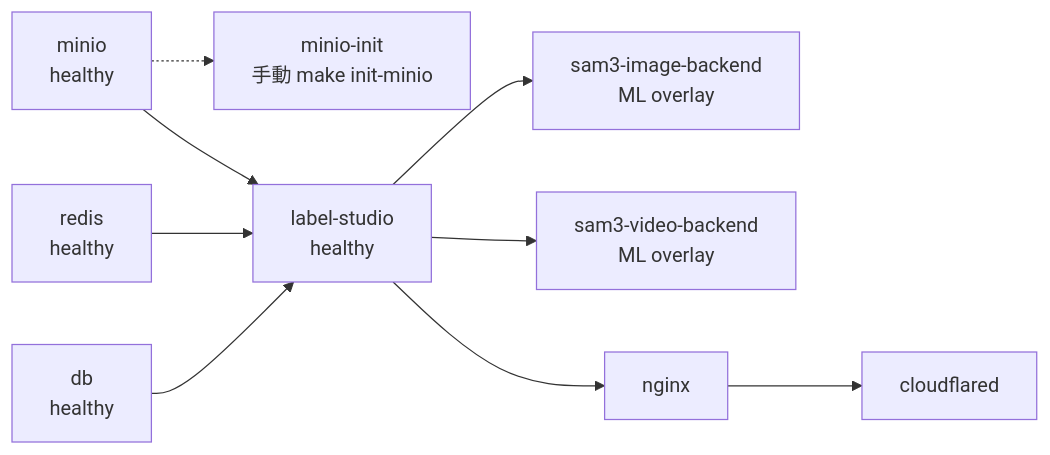
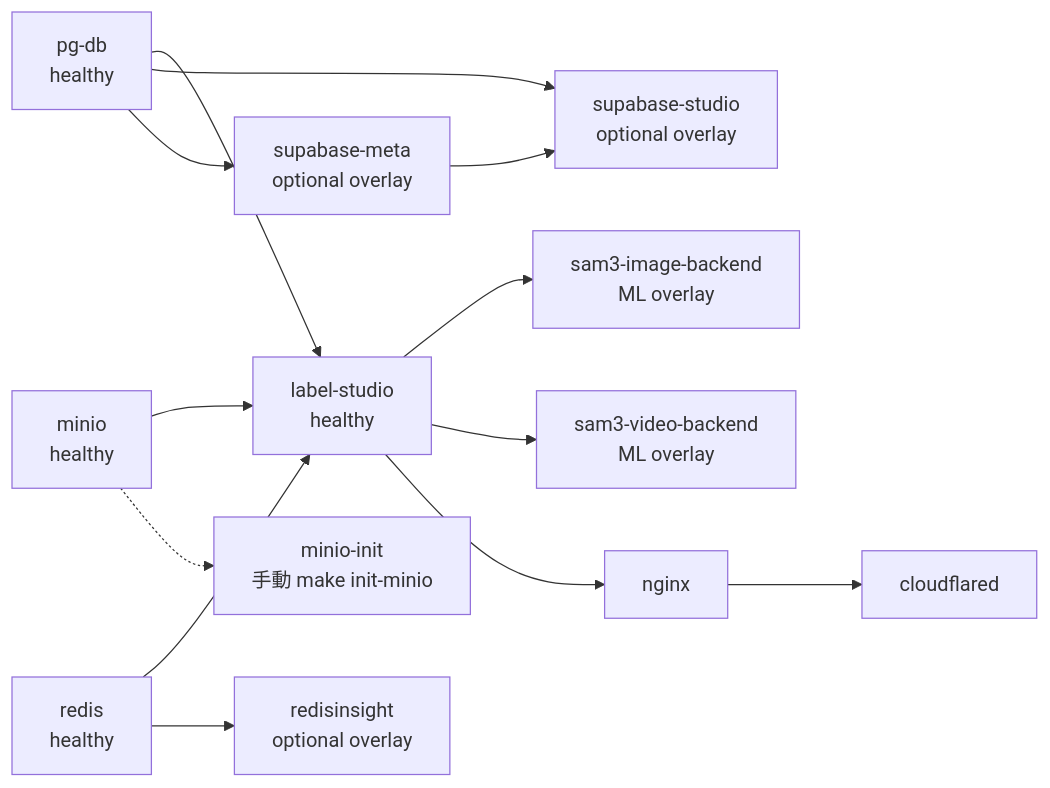
One commit to felimet/label-studio-compose changed the second of 3 diagrams in docs/architecture.md. Above: the diagram before and after it, drawn with Mermaid. The commit also changed other lines of this file and 52 other files, not shown here.

````diff
--- a/docs/architecture.md
+++ b/docs/architecture.md
@@ -41,21 +59,28 @@
 ```mermaid
 graph LR
-    DB[db<br/>healthy]
+    DB[pg-db<br/>healthy]
     Redis[redis<br/>healthy]
     Minio[minio<br/>healthy]
     MinioInit[minio-init<br/>手動 make init-minio]
+    SStudio[supabase-studio<br/>optional overlay]
+    SMeta[supabase-meta<br/>optional overlay]
+    RInsight[redisinsight<br/>optional overlay]
     LS[label-studio<br/>healthy]
     SAM3I[sam3-image-backend<br/>ML overlay]
     SAM3V[sam3-video-backend<br/>ML overlay]
     Nginx[nginx]
     CF[cloudflared]
 
     DB --> LS
     Redis --> LS
     Minio --> LS
+    DB --> SStudio
+    SMeta --> SStudio
+    DB --> SMeta
+    Redis --> RInsight
     Minio -.-> MinioInit
     LS --> SAM3I
     LS --> SAM3V
     LS --> Nginx
     Nginx --> CF
 ```
````
